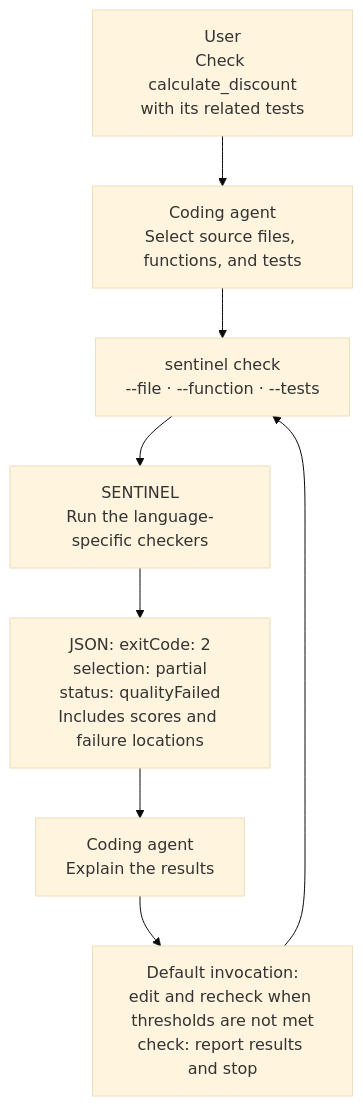
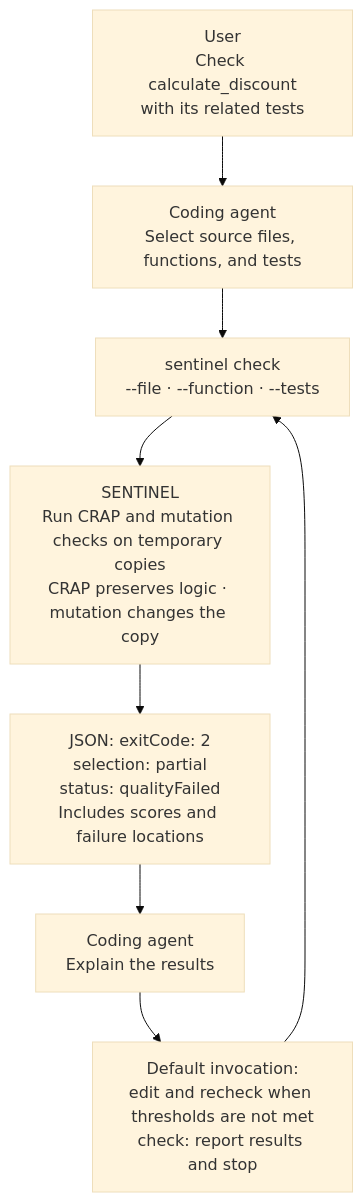
The second of 2 diagrams in README.en.md (hwain-ai/SENTINEL), drawn with Mermaid (base theme) before and after one commit. The commit also changed other lines of this file and 15 other files, not shown here.

````diff
--- a/README.en.md
+++ b/README.en.md
@@ -32,12 +119,12 @@
 ```mermaid
 flowchart TD
     U["User<br/>Check calculate_discount<br/>with its related tests"]
     A["Coding agent<br/>Select source files, functions, and tests"]
     C["sentinel check<br/>--file · --function · --tests"]
-    S["SENTINEL<br/>Run the language-specific checkers"]
+    S["SENTINEL<br/>Run CRAP and mutation checks on temporary copies<br/>CRAP preserves logic · mutation changes the copy"]
     J["JSON: exitCode: 2<br/>selection: partial<br/>status: qualityFailed<br/>Includes scores and failure locations"]
     R["Coding agent<br/>Explain the results"]
     F["Default invocation:<br/>edit and recheck when thresholds are not met<br/>check: report results and stop"]
     U --> A --> C --> S --> J --> R
     R --> F --> C
 ```
````
